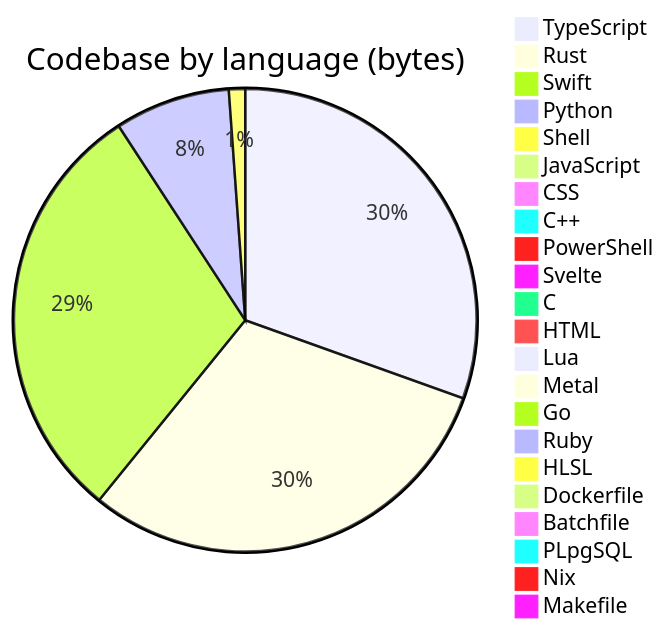
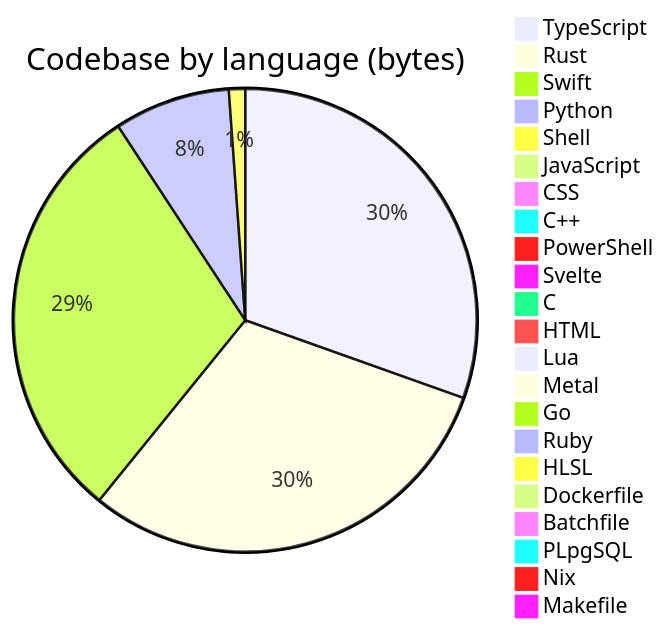
One commit to Open330/.github changed the diagram in profile/README.md. Above: the diagram before and after it, drawn with Mermaid. The commit also changed other lines of this file and 1 other file, not shown here.

````diff
--- a/profile/README.md
+++ b/profile/README.md
@@ -139,25 +139,25 @@
 ```mermaid
 pie title Codebase by language (bytes)
-    "TypeScript" : 39094206
-    "Rust" : 38975056
-    "Swift" : 38417823
-    "Python" : 10330349
+    "TypeScript" : 39104501
+    "Rust" : 39043168
+    "Swift" : 38435108
+    "Python" : 10394551
     "Shell" : 1459815
     "JavaScript" : 986583
-    "CSS" : 507754
+    "CSS" : 508858
     "C++" : 388775
     "PowerShell" : 333788
     "Svelte" : 275766
     "C" : 197825
-    "HTML" : 168435
+    "HTML" : 168434
     "Lua" : 48814
     "Metal" : 33192
     "Go" : 22811
-    "Ruby" : 8988
+    "Ruby" : 9499
     "HLSL" : 7527
     "Dockerfile" : 7454
     "Batchfile" : 5660
     "PLpgSQL" : 5283
     "Nix" : 3168
     "Makefile" : 1692
 ```
````
